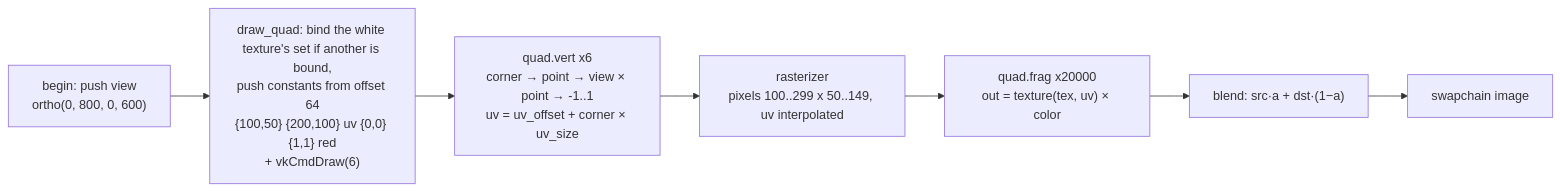
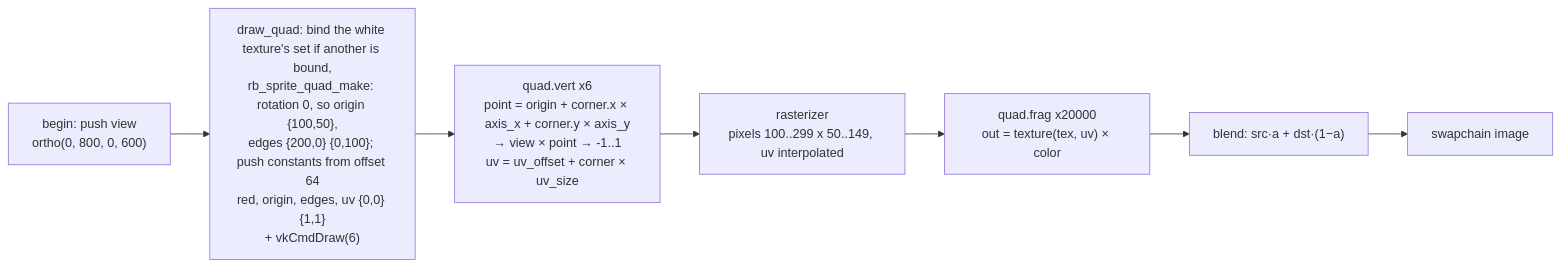
One commit to aski97/reborn-engine changed the second of 3 diagrams in docs/features/renderer.md. Above: the diagram before and after it, drawn with Mermaid. The commit also changed other lines of this file and 18 other files, not shown here.

````diff
--- a/docs/features/renderer.md
+++ b/docs/features/renderer.md
@@ -136,9 +145,9 @@
 ```mermaid
 flowchart LR
     B0["begin: push view<br/>ortho(0, 800, 0, 600)"] --> C
-    C["draw_quad: bind the white texture's set if another is bound,<br/>push constants from offset 64<br/>{100,50} {200,100} uv {0,0} {1,1} red<br/>+ vkCmdDraw(6)"] --> V["quad.vert x6<br/>corner → point → view × point → -1..1<br/>uv = uv_offset + corner × uv_size"]
+    C["draw_quad: bind the white texture's set if another is bound,<br/>rb_sprite_quad_make: rotation 0, so origin {100,50},<br/>edges {200,0} {0,100}; push constants from offset 64<br/>red, origin, edges, uv {0,0} {1,1}<br/>+ vkCmdDraw(6)"] --> V["quad.vert x6<br/>point = origin + corner.x × axis_x + corner.y × axis_y<br/>→ view × point → -1..1<br/>uv = uv_offset + corner × uv_size"]
     V --> RS["rasterizer<br/>pixels 100..299 x 50..149, uv interpolated"]
     RS --> FS["quad.frag x20000<br/>out = texture(tex, uv) × color"]
     FS --> B["blend: src·a + dst·(1−a)"]
     B --> IMG["swapchain image"]
 ```
````
